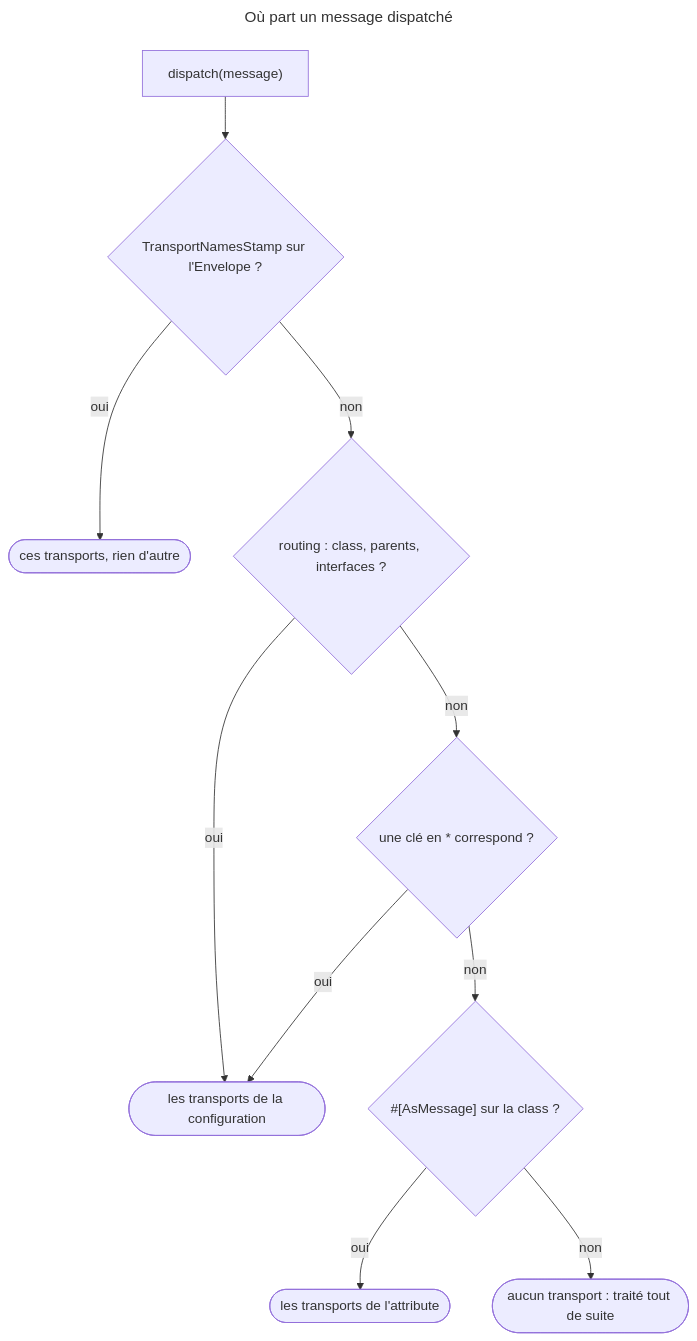
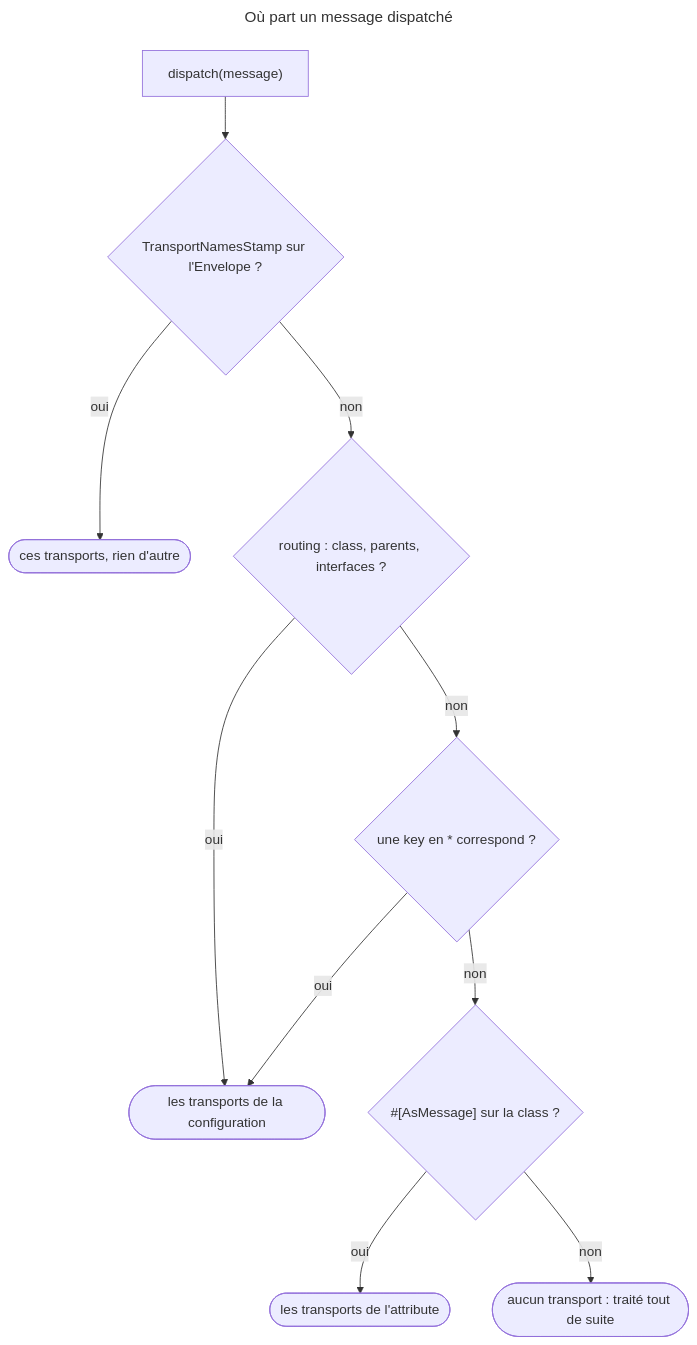
The diagram in content/courses/CRS-se1jr6cxh2n7.md (jasserYahyaoui/Symfony-8-Certification-Path), drawn with Mermaid before and after one commit. The commit also changed other lines of this file and 7 other files, not shown here.

````diff
--- a/content/courses/CRS-se1jr6cxh2n7.md
+++ b/content/courses/CRS-se1jr6cxh2n7.md
@@ -84,17 +84,17 @@
 ```mermaid
 ---
 title: Où part un message dispatché
 ---
 flowchart TD
   accTitle: L'ordre dans lequel Messenger choisit les transports d'un message
-  accDescr: Si l'Envelope porte un TransportNamesStamp, ses transports sont utilisés et rien d'autre n'est lu. Sinon, la configuration routing est lue pour la class du message, ses parents et ses interfaces ; les clés terminées par une étoile ne servent que si aucune clé plus précise n'a trouvé de transport. Si la configuration a trouvé au moins un transport, l'attribute AsMessage est ignoré. Sinon, les transports de AsMessage sont utilisés. Si rien n'a été trouvé, le message est traité tout de suite, de façon synchrone.
+  accDescr: Si l'Envelope porte un TransportNamesStamp, ses transports sont utilisés et rien d'autre n'est lu. Sinon, la configuration routing est lue pour la class du message, ses parents et ses interfaces ; les keys terminées par une étoile ne servent que si aucune key plus précise n'a trouvé de transport. Si la configuration a trouvé au moins un transport, l'attribute AsMessage est ignoré. Sinon, les transports de AsMessage sont utilisés. Si rien n'a été trouvé, le message est traité tout de suite, de façon synchrone.
   START["dispatch(message)"] --> TNS{"TransportNamesStamp sur l'Envelope ?"}
   TNS -->|"oui"| USE(["ces transports, rien d'autre"])
   TNS -->|"non"| CFG{"routing : class, parents, interfaces ?"}
-  CFG -->|"non"| WILD{"une clé en * correspond ?"}
+  CFG -->|"non"| WILD{"une key en * correspond ?"}
   CFG -->|"oui"| CONF(["les transports de la configuration"])
   WILD -->|"oui"| CONF
   WILD -->|"non"| ATTR{"#[AsMessage] sur la class ?"}
   ATTR -->|"oui"| ATT(["les transports de l'attribute"])
   ATTR -->|"non"| SYNC(["aucun transport : traité tout de suite"])
 ```
````
